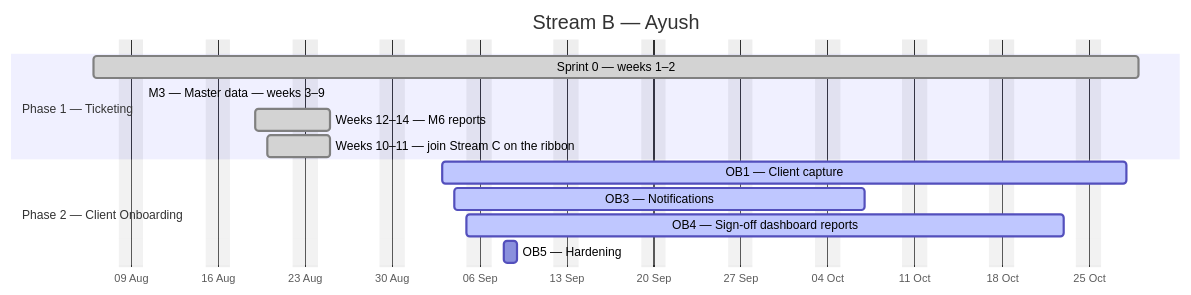
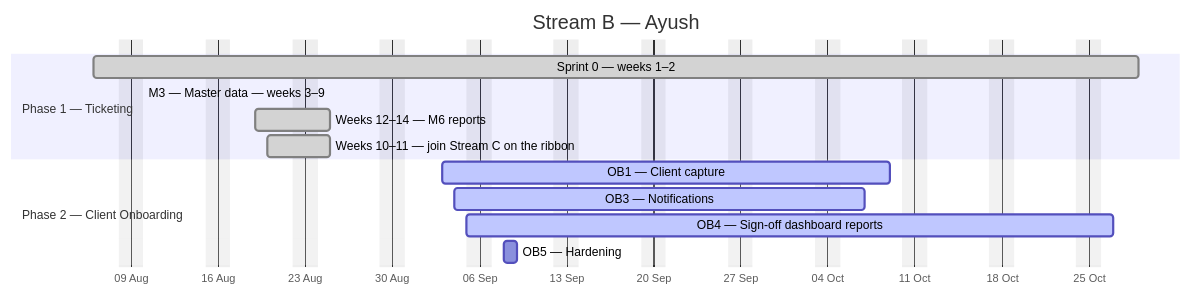
Before and after one commit to debashisedunext/EduTrack: the second of 4 diagrams in docs/plan/GANTT.md, drawn with Mermaid. The commit also changed other lines of this file and 2 other files, not shown here.

````diff
--- a/docs/plan/GANTT.md
+++ b/docs/plan/GANTT.md
@@ -153,17 +153,17 @@
 ```mermaid
 gantt
     dateFormat YYYY-MM-DD
     axisFormat %d %b
     title Stream B — Ayush
     excludes weekends
     section Phase 1 — Ticketing
     Sprint 0 — weeks 1–2 :done, b0, 2026-08-06, 60d
     M3 — Master data — weeks 3–9 :done, b1, 2026-08-10, -47d
     Weeks 12–14 — M6 reports :done, b2, 2026-08-19, 4d
     Weeks 10–11 — join Stream C on the ribbon :done, b3, 2026-08-20, 3d
     section Phase 2 — Client Onboarding
-    OB1 — Client capture :active, b4, 2026-09-03, 39d
+    OB1 — Client capture :active, b4, 2026-09-03, 26d
     OB3 — Notifications :active, b5, 2026-09-04, 23d
-    OB4 — Sign-off  dashboard  reports :active, b6, 2026-09-05, 35d
+    OB4 — Sign-off  dashboard  reports :active, b6, 2026-09-05, 37d
     OB5 — Hardening :b7, 2026-09-08, 1d
 ```
````
